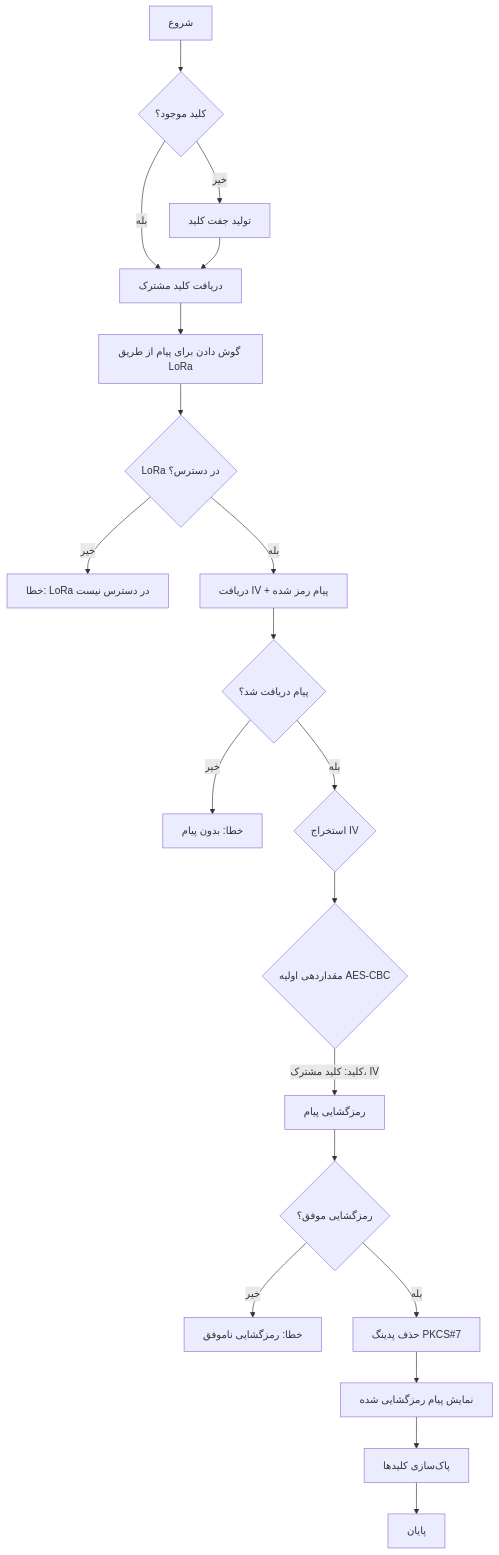
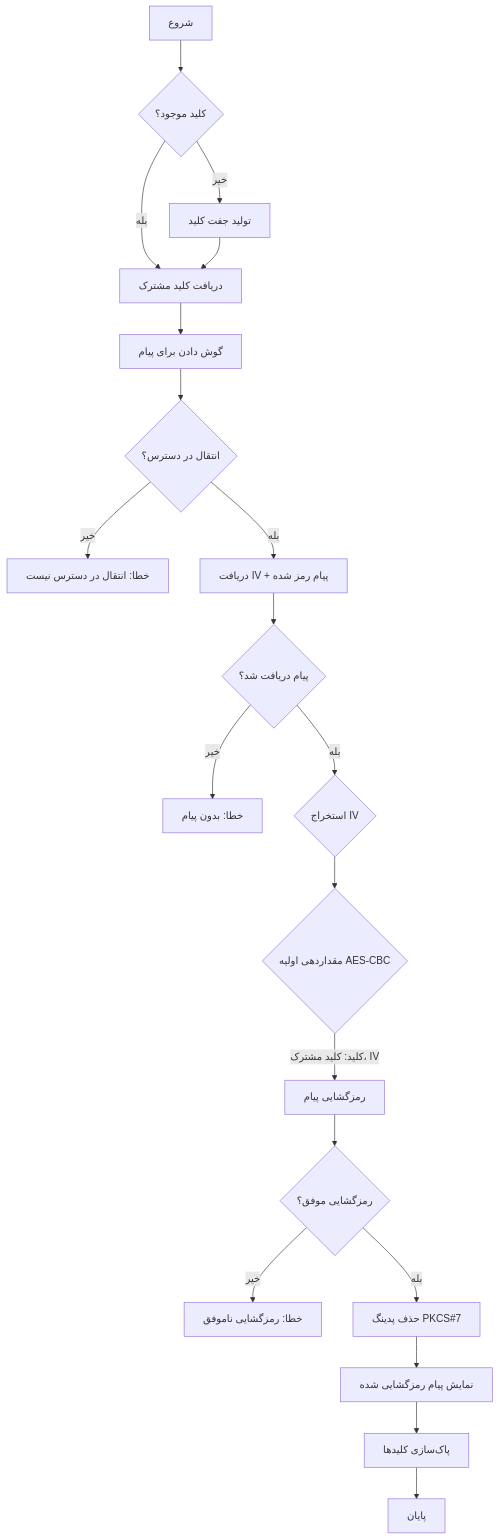
The sixth of 6 diagrams in README.markdown (armanghobadi/uecdh), drawn with Mermaid before and after one commit. The commit also changed other lines of this file, not shown here.

````diff
--- a/README.markdown
+++ b/README.markdown
@@ -497,22 +497,22 @@
 ```mermaid
 flowchart TD
     A[شروع] --> B{کلید موجود؟}
-    B -->|خیر| C[تولید جفت کلید]
-    B -->|بله| D[دریافت کلید مشترک]
+    B -->|"خیر"| C[تولید جفت کلید]
+    B -->|"بله"| D[دریافت کلید مشترک]
     C --> D
-    D --> E[گوش دادن برای پیام از طریق LoRa]
-    E --> F{LoRa در دسترس؟}
-    F -->|خیر| G[خطا: LoRa در دسترس نیست]
-    F -->|بله| H[دریافت IV + پیام رمز شده]
+    D --> E[گوش دادن برای پیام]
+    E --> F{انتقال در دسترس؟}
+    F -->|"خیر"| G[خطا: انتقال در دسترس نیست]
+    F -->|"بله"| H[دریافت IV + پیام رمز شده]
     H --> I{پیام دریافت شد؟}
-    I -->|خیر| J[خطا: بدون پیام]
-    I -->|بله| K{استخراج IV}
+    I -->|"خیر"| J[خطا: بدون پیام]
+    I -->|"بله"| K{استخراج IV}
     K --> L{مقداردهی اولیه AES-CBC}
-    L -->|کلید: کلید مشترک، IV| M[رمزگشایی پیام]
+    L -->|"کلید: کلید مشترک، IV"| M[رمزگشایی پیام]
     M --> N{رمزگشایی موفق؟}
-    N -->|خیر| O[خطا: رمزگشایی ناموفق]
-    N -->|بله| P[حذف پدینگ PKCS#7]
+    N -->|"خیر"| O[خطا: رمزگشایی ناموفق]
+    N -->|"بله"| P[حذف پدینگ PKCS#7]
     P --> Q[نمایش پیام رمزگشایی شده]
     Q --> R[پاک‌سازی کلیدها]
     R --> S[پایان]
 ```
````
